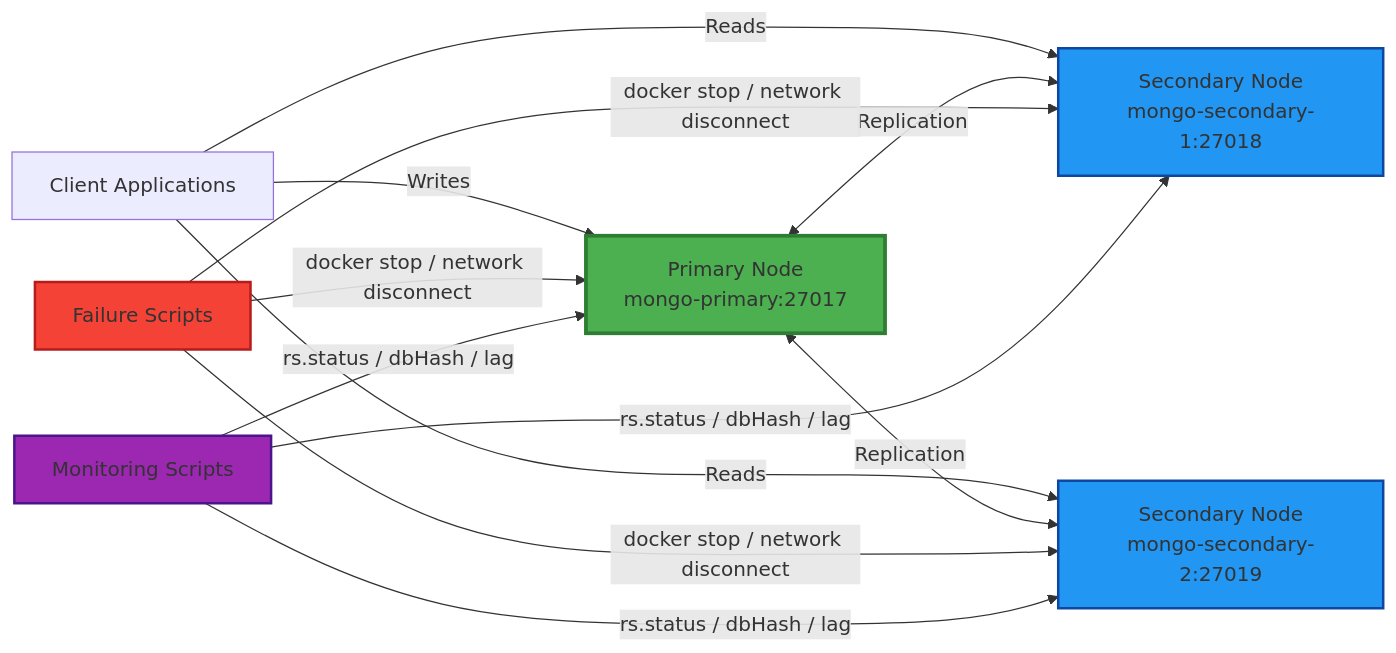
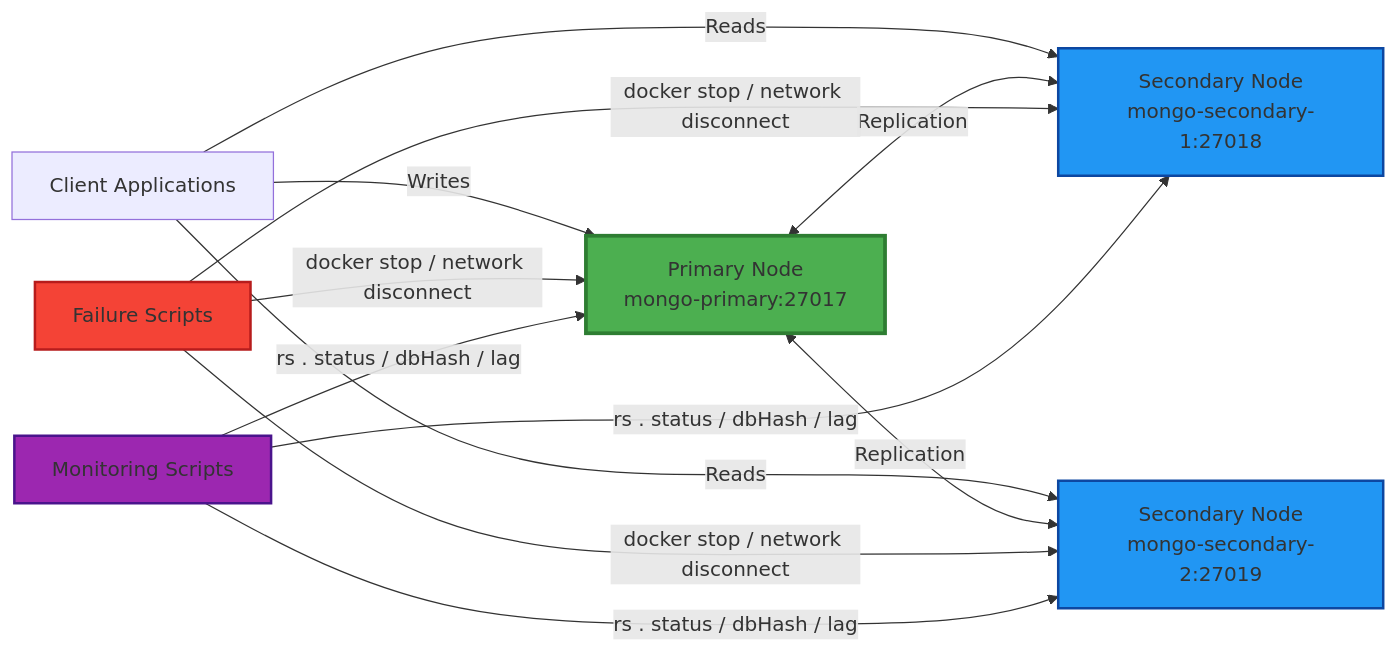
Before and after one commit to DNP-21/db_deployment: the diagram in Distributed Database Deployment.md, drawn with Mermaid. The commit also changed other lines of this file, not shown here.

````diff
--- a/Distributed Database Deployment.md
+++ b/Distributed Database Deployment.md
@@ -32,23 +32,19 @@
 ```mermaid
 flowchart LR
     A[Client Applications] -->|Writes| B[Primary Node<br/>mongo-primary:27017]
     A -->|Reads| C[Secondary Node<br/>mongo-secondary-1:27018]
     A -->|Reads| D[Secondary Node<br/>mongo-secondary-2:27019]
-    
     B <-->|Replication| C
     B <-->|Replication| D
-    
     E[Failure Scripts] -->|docker stop / network disconnect| B
     E -->|docker stop / network disconnect| C
     E -->|docker stop / network disconnect| D
-    
-    F[Monitoring Scripts] -->|rs.status / dbHash / lag| B
-    F -->|rs.status / dbHash / lag| C
-    F -->|rs.status / dbHash / lag| D
-
-    style B fill:#4CAF50,stroke:#2E7D32,stroke-width:3px
-    style C fill:#2196F3,stroke:#0D47A1,stroke-width:2px
-    style D fill:#2196F3,stroke:#0D47A1,stroke-width:2px
-    style E fill:#F44336,stroke:#B71C1C,stroke-width:2px
-    style F fill:#9C27B0,stroke:#4A148C,stroke-width:2px
+    F[Monitoring Scripts] -->|rs . status / dbHash / lag| B
+    F -->|rs . status / dbHash / lag| C
+    F -->|rs . status / dbHash / lag| D
+    style B fill: #4CAF50, stroke: #2E7D32, stroke-width: 3px
+    style C fill: #2196F3, stroke: #0D47A1, stroke-width: 2px
+    style D fill: #2196F3, stroke: #0D47A1, stroke-width: 2px
+    style E fill: #F44336, stroke: #B71C1C, stroke-width: 2px
+    style F fill: #9C27B0, stroke: #4A148C, stroke-width: 2px
 ```
````
